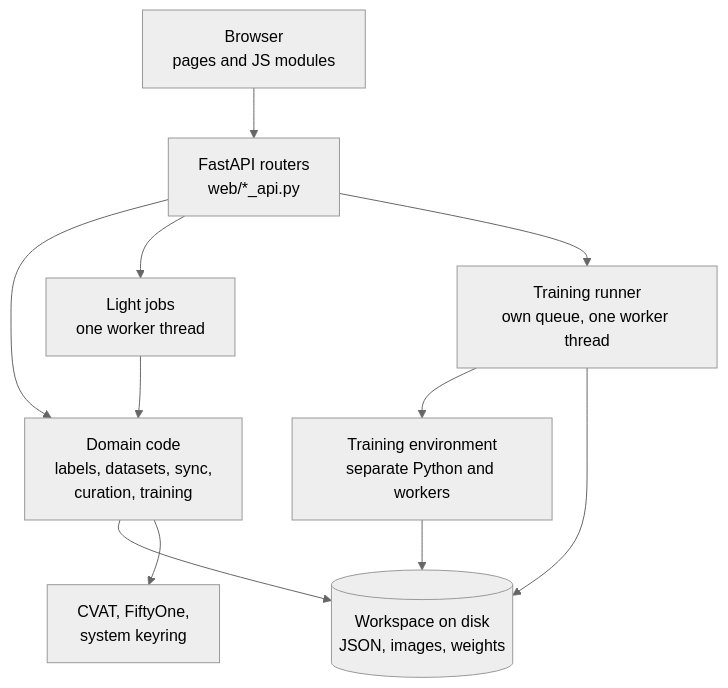
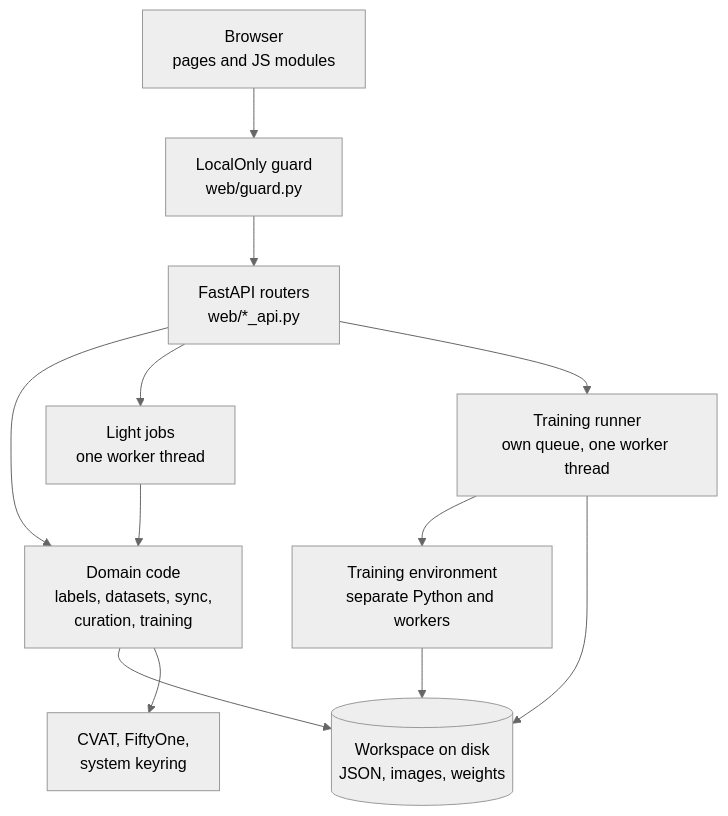
The first of 8 diagrams in docs/ARCHITECTURE.md (karemdm/activelabel), drawn with Mermaid (neutral theme) before and after one commit. The commit also changed other lines of this file, not shown here.

Commit message:
docs: ARCHITECTURE shows the LocalOnly guard, the interface modules and the resume of a run

````diff
--- a/docs/ARCHITECTURE.md
+++ b/docs/ARCHITECTURE.md
@@ -11,21 +11,23 @@
 ```mermaid
 flowchart TB
   UI["Browser<br/>pages and JS modules"]
+  GRD["LocalOnly guard<br/>web/guard.py"]
   API["FastAPI routers<br/>web/*_api.py"]
   DOM["Domain code<br/>labels, datasets, sync,<br/>curation, training"]
   JOB["Light jobs<br/>one worker thread"]
   RUN["Training runner<br/>own queue, one worker thread"]
   ENV["Training environment<br/>separate Python and workers"]
   DISK[("Workspace on disk<br/>JSON, images, weights")]
   EXT["CVAT, FiftyOne,<br/>system keyring"]
-  UI --> API
+  UI --> GRD
+  GRD --> API
   API --> DOM
   API --> JOB
   API --> RUN
   JOB --> DOM
   DOM --> DISK
   DOM --> EXT
   RUN --> ENV
   RUN --> DISK
   ENV --> DISK
 ```
````
